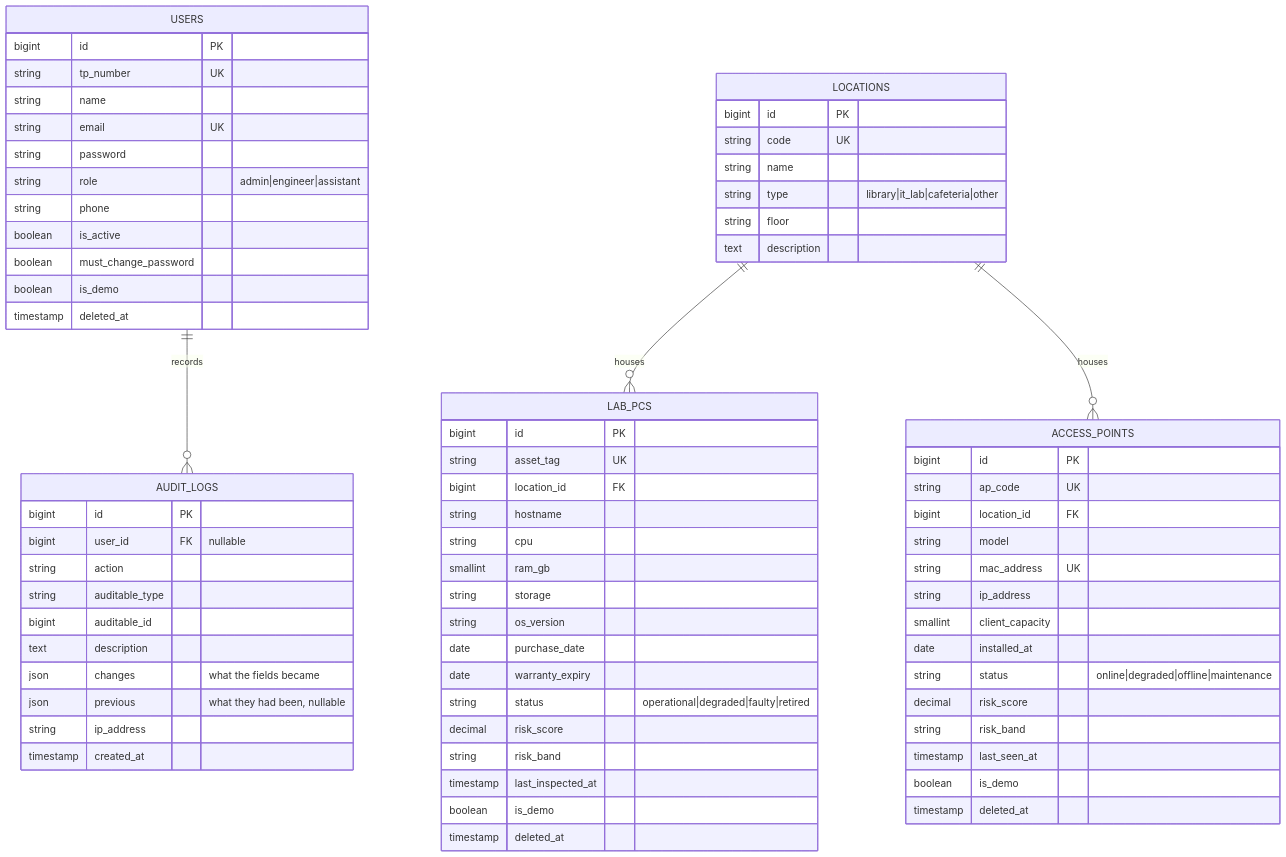
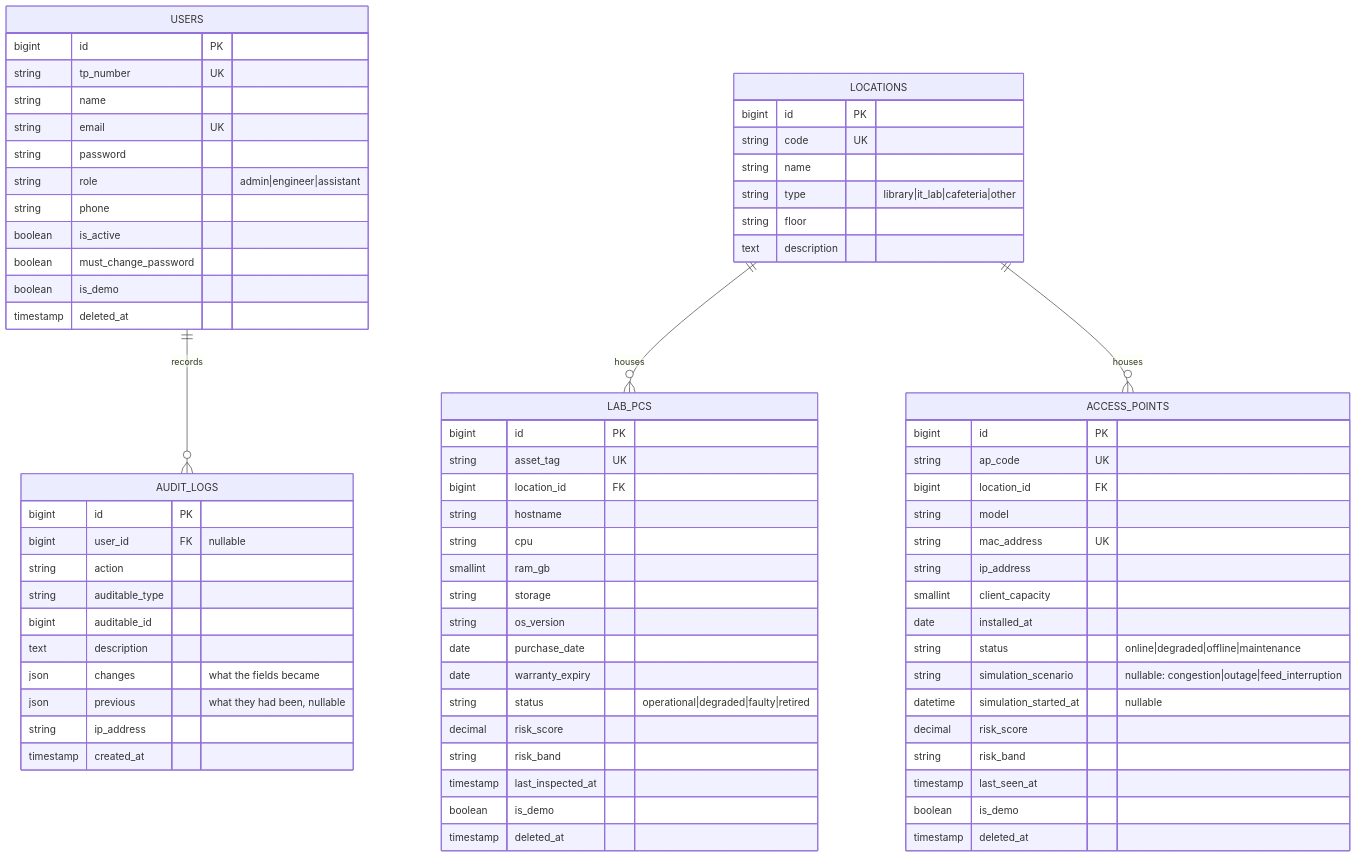
One commit to phone292025/atlas-netcare changed the first of 3 diagrams in docs/04-database.md. Above: the diagram before and after it, drawn with Mermaid. The commit also changed other lines of this file and 26 other files, not shown here.

````diff
--- a/docs/04-database.md
+++ b/docs/04-database.md
@@ -56,74 +56,76 @@
 ```mermaid
 erDiagram
     USERS ||--o{ AUDIT_LOGS : records
     LOCATIONS ||--o{ LAB_PCS : houses
     LOCATIONS ||--o{ ACCESS_POINTS : houses
 
     USERS {
         bigint id PK
         string tp_number UK
         string name
         string email UK
         string password
         string role "admin|engineer|assistant"
         string phone
         boolean is_active
         boolean must_change_password
         boolean is_demo
         timestamp deleted_at
     }
     LOCATIONS {
         bigint id PK
         string code UK
         string name
         string type "library|it_lab|cafeteria|other"
         string floor
         text description
     }
     LAB_PCS {
         bigint id PK
         string asset_tag UK
         bigint location_id FK
         string hostname
         string cpu
         smallint ram_gb
         string storage
         string os_version
         date purchase_date
         date warranty_expiry
         string status "operational|degraded|faulty|retired"
         decimal risk_score
         string risk_band
         timestamp last_inspected_at
         boolean is_demo
         timestamp deleted_at
     }
     ACCESS_POINTS {
         bigint id PK
         string ap_code UK
         bigint location_id FK
         string model
         string mac_address UK
         string ip_address
         smallint client_capacity
         date installed_at
         string status "online|degraded|offline|maintenance"
+        string simulation_scenario "nullable: congestion|outage|feed_interruption"
+        datetime simulation_started_at "nullable"
         decimal risk_score
         string risk_band
         timestamp last_seen_at
         boolean is_demo
         timestamp deleted_at
     }
     AUDIT_LOGS {
         bigint id PK
         bigint user_id FK "nullable"
         string action
         string auditable_type
         bigint auditable_id
         text description
         json changes "what the fields became"
         json previous "what they had been, nullable"
         string ip_address
         timestamp created_at
     }
 ```
````
